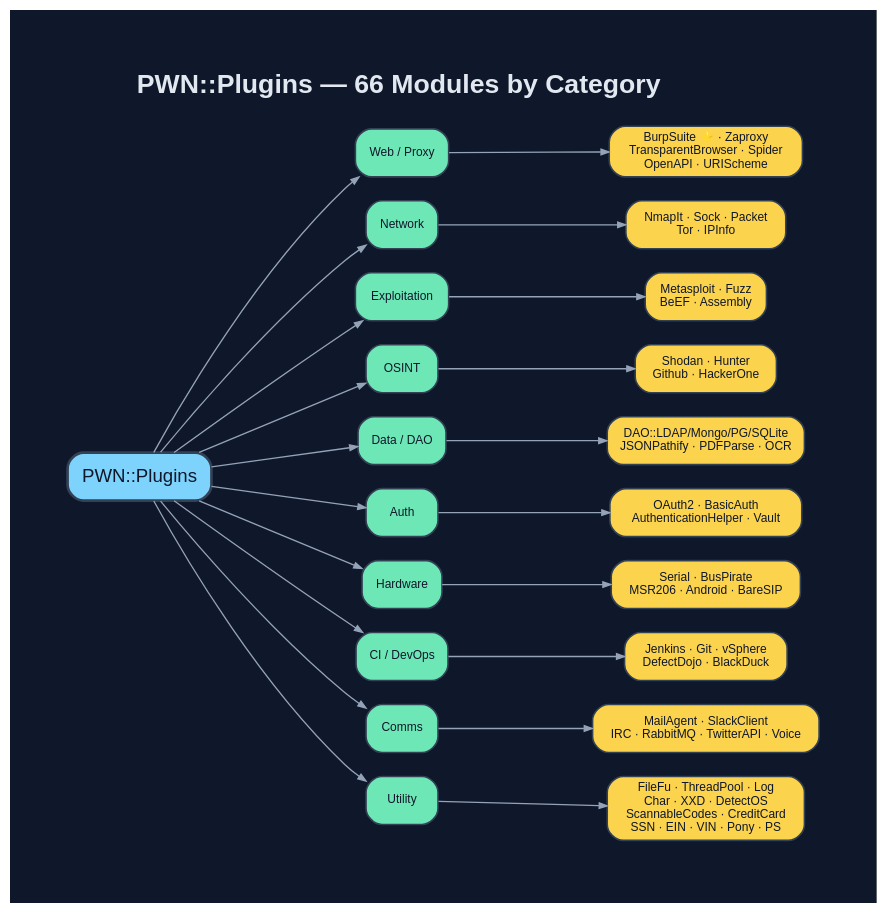
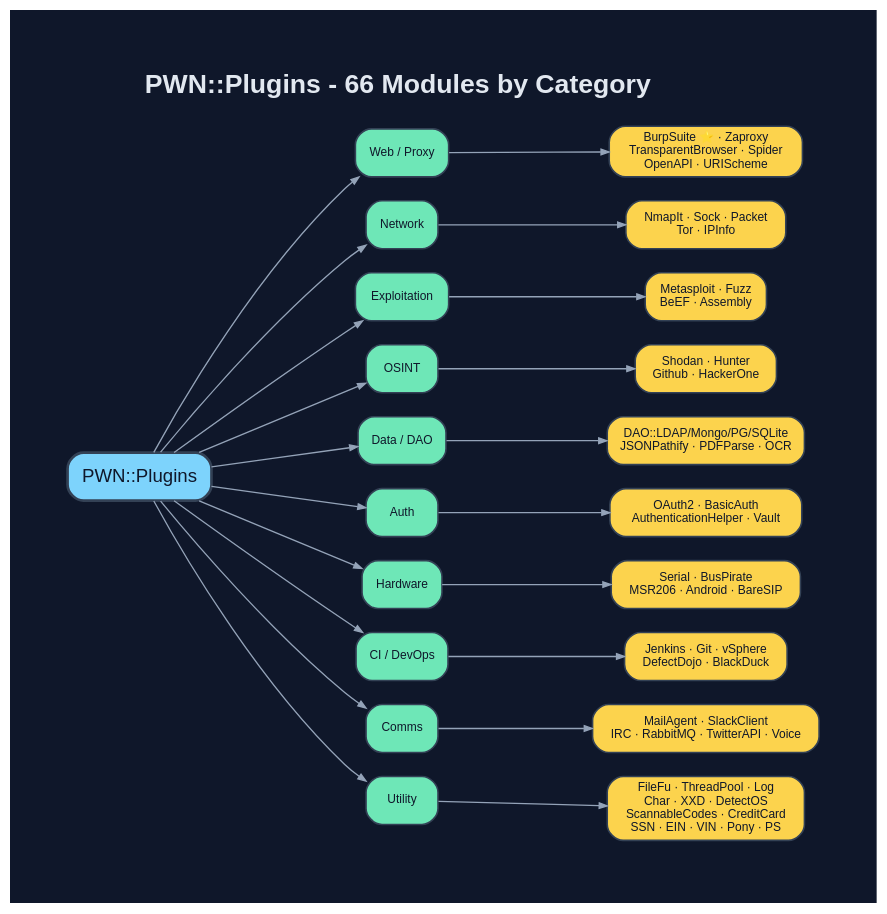
Before and after one commit to 0dayInc/pwn: the diagram in documentation/diagrams/dot/plugin-ecosystem.dot, drawn with Graphviz. The commit also changed 94 other files, not shown here.

```diff
--- a/documentation/diagrams/dot/plugin-ecosystem.dot
+++ b/documentation/diagrams/dot/plugin-ecosystem.dot
@@ -1,45 +1,45 @@
 digraph "PWN_Plugins" {
   graph [
-    label=<<B>PWN::Plugins — 66 Modules by Category</B>>,
+    label=<<B>PWN::Plugins - 66 Modules by Category</B>>,
     labelloc=t, fontsize=20, fontname="Helvetica",
     rankdir=LR, splines=spline, nodesep=0.25, ranksep=1.5,
     bgcolor="#0f172a", fontcolor="#e2e8f0", pad=0.6, newrank=true
   ];
   node [fontname="Helvetica", fontsize=9, style="filled,rounded",
         shape=box, penwidth=1.2, color="#334155", fontcolor="#0f172a"];
   edge [color="#94a3b8", penwidth=1.0, arrowsize=0.6];
 
   Root [label="PWN::Plugins", fillcolor="#7dd3fc", fontsize=14, penwidth=2];
 
   subgraph cluster_cat {
     label=""; style=invis;
     Web  [label="Web / Proxy",   fillcolor="#6ee7b7"];
     Net  [label="Network",       fillcolor="#6ee7b7"];
     Xpl  [label="Exploitation",  fillcolor="#6ee7b7"];
     Osint[label="OSINT",         fillcolor="#6ee7b7"];
     Data [label="Data / DAO",    fillcolor="#6ee7b7"];
     Auth [label="Auth",          fillcolor="#6ee7b7"];
     HW   [label="Hardware",      fillcolor="#6ee7b7"];
     CI   [label="CI / DevOps",   fillcolor="#6ee7b7"];
     Comm [label="Comms",         fillcolor="#6ee7b7"];
     Util [label="Utility",       fillcolor="#6ee7b7"];
   }
   {rank=same; Web; Net; Xpl; Osint; Data; Auth; HW; CI; Comm; Util}
 
   node [fillcolor="#fcd34d"];
   w  [label="BurpSuite ⭐ · Zaproxy\nTransparentBrowser · Spider\nOpenAPI · URIScheme"];
   n  [label="NmapIt · Sock · Packet\nTor · IPInfo"];
   x  [label="Metasploit · Fuzz\nBeEF · Assembly"];
   o  [label="Shodan · Hunter\nGithub · HackerOne"];
   d  [label="DAO::LDAP/Mongo/PG/SQLite\nJSONPathify · PDFParse · OCR"];
   a  [label="OAuth2 · BasicAuth\nAuthenticationHelper · Vault"];
   h  [label="Serial · BusPirate\nMSR206 · Android · BareSIP"];
   c  [label="Jenkins · Git · vSphere\nDefectDojo · BlackDuck"];
   m  [label="MailAgent · SlackClient\nIRC · RabbitMQ · TwitterAPI · Voice"];
   u  [label="FileFu · ThreadPool · Log\nChar · XXD · DetectOS\nScannableCodes · CreditCard\nSSN · EIN · VIN · Pony · PS"];
 
   Root->Web; Root->Net; Root->Xpl; Root->Osint; Root->Data;
   Root->Auth; Root->HW; Root->CI; Root->Comm; Root->Util;
   Web->w; Net->n; Xpl->x; Osint->o; Data->d;
   Auth->a; HW->h; CI->c; Comm->m; Util->u;
 }
```
